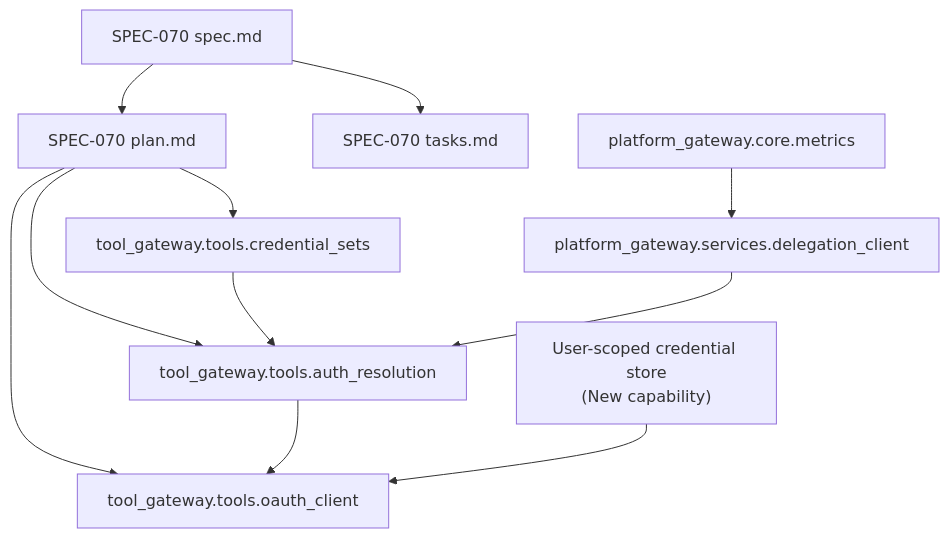
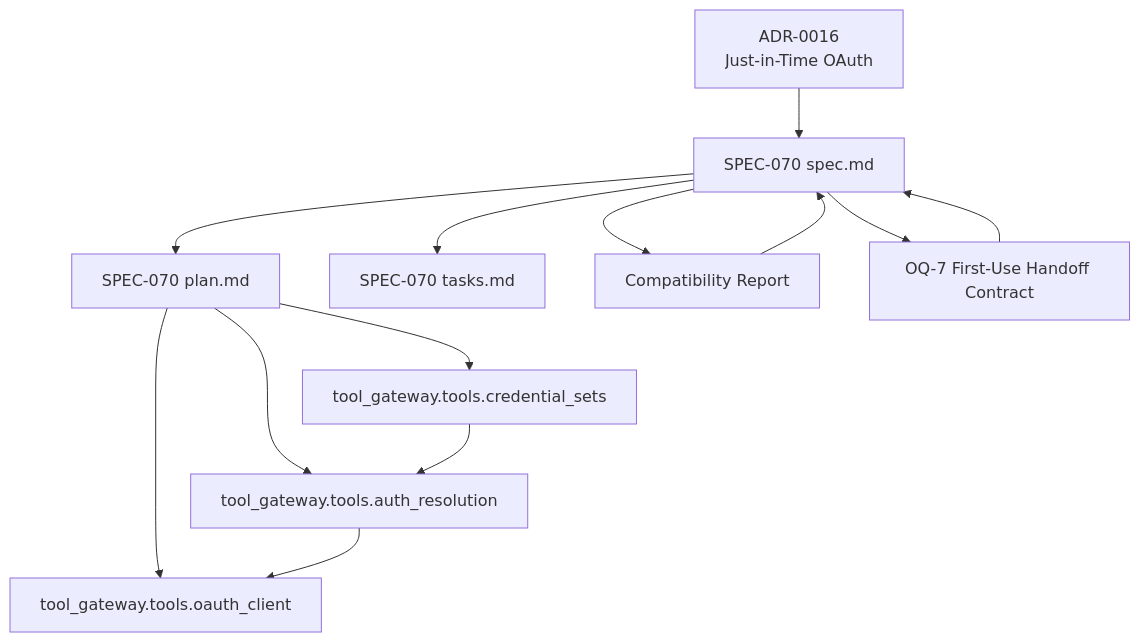
One commit to metasync/luban-aiops changed the first of 8 diagrams in .qoder/repowiki/en/content/Shared Contracts/SPEC-070_ Outbound User-Delegated Identity.md. Above: the diagram before and after it, drawn with Mermaid. The commit also changed other lines of this file and 24 other files, not shown here.

````diff
--- a/.qoder/repowiki/en/content/Shared Contracts/SPEC-070_ Outbound User-Delegated Identity.md
+++ b/.qoder/repowiki/en/content/Shared Contracts/SPEC-070_ Outbound User-Delegated Identity.md
@@ -68,13 +68,15 @@
 ```mermaid
 graph TB
 Spec["SPEC-070 spec.md"] --> Plan["SPEC-070 plan.md"]
 Spec --> Tasks["SPEC-070 tasks.md"]
+Spec --> Compat["Compatibility Report"]
+Spec --> OQ7["OQ-7 First-Use Handoff Contract"]
 Plan --> CredSets["tool_gateway.tools.credential_sets"]
 Plan --> AuthRes["tool_gateway.tools.auth_resolution"]
 Plan --> OAuthClient["tool_gateway.tools.oauth_client"]
 CredSets --> AuthRes
 AuthRes --> OAuthClient
-Inbound["platform_gateway.services.delegation_client"] --> AuthRes
-Metrics["platform_gateway.core.metrics"] --> Inbound
-UserStore["User-scoped credential store<br/>(New capability)"] --> OAuthClient
+ADR16["ADR-0016<br/>Just-in-Time OAuth"] --> Spec
+Compat --> Spec
+OQ7 --> Spec
 ```
````
